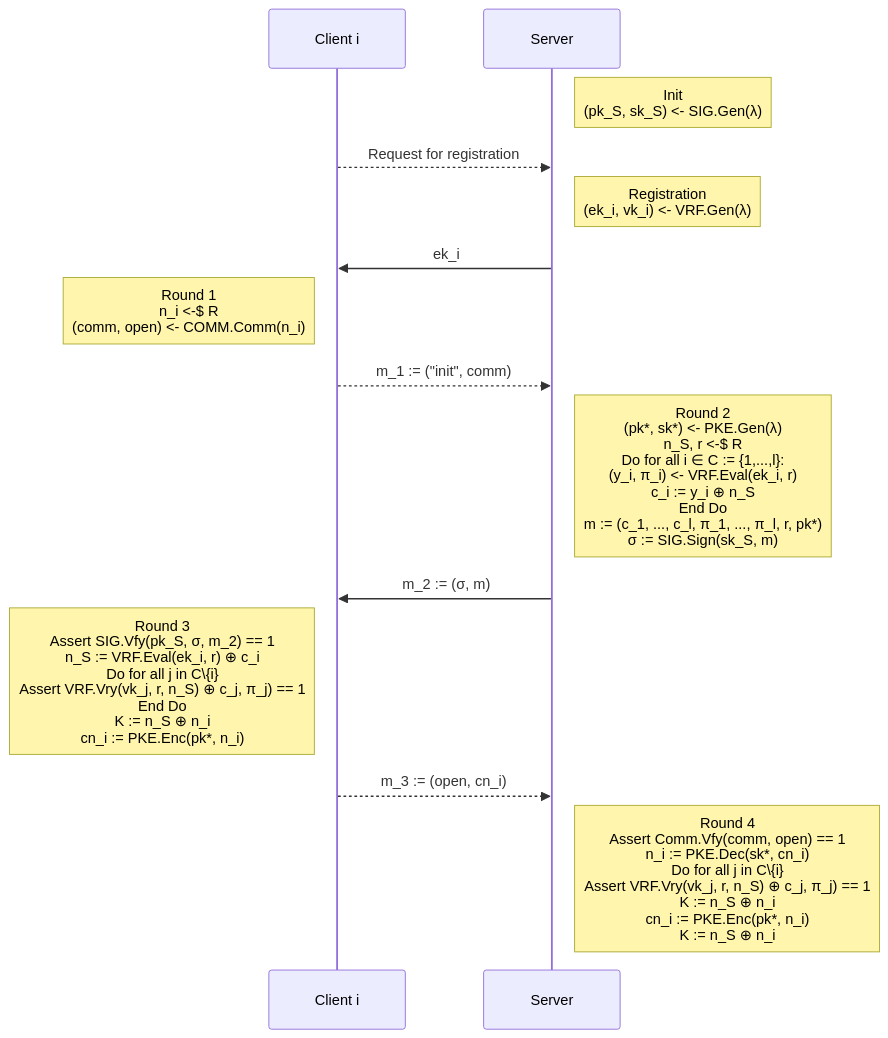
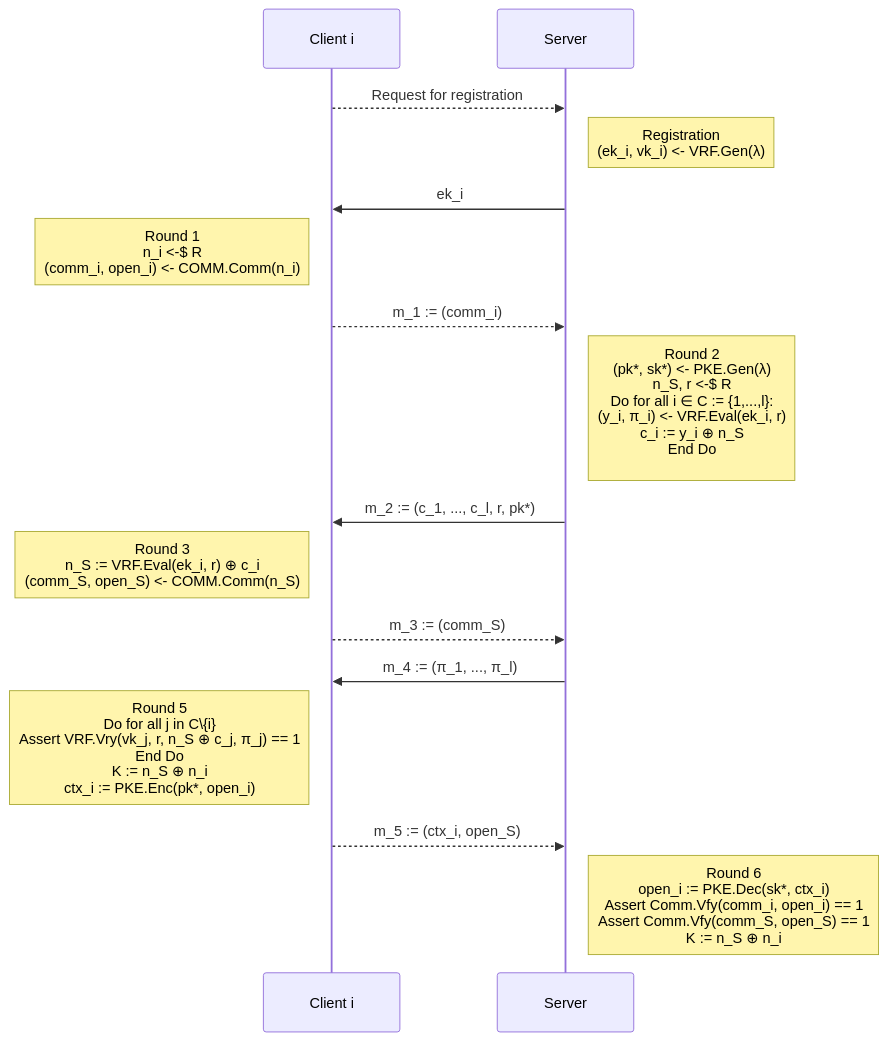
Before and after one commit to jiep/generic-anon-ake: the diagram in README.md, drawn with Mermaid. The commit also changed other lines of this file, not shown here.

````diff
--- a/README.md
+++ b/README.md
@@ -21,16 +21,18 @@
 ```mermaid
 sequenceDiagram
 participant Client i
 participant Server
-Note right of Server: Init<br/>(pk_S, sk_S) <- SIG.Gen(λ)
 Client i -->> Server: Request for registration
 Note right of Server: Registration<br/>(ek_i, vk_i) <- VRF.Gen(λ)
 Server ->> Client i: ek_i
-Note left of Client i: Round 1<br />n_i <-$ R<br />(comm, open) <- COMM.Comm(n_i)
-Client i -->> Server: m_1 := ("init", comm)
-Note right of Server: Round 2<br />(pk*, sk*) <- PKE.Gen(λ)<br />n_S, r <-$ R<br />Do for all i ∈ C := {1,...,l}:<br />(y_i, π_i) <- VRF.Eval(ek_i, r)<br />c_i := y_i ⊕ n_S <br />End Do<br />m := (c_1, ..., c_l, π_1, ..., π_l, r, pk*)<br/>σ := SIG.Sign(sk_S, m)
-Server ->> Client i: m_2 := (σ, m)
-Note left of Client i: Round 3<br />Assert SIG.Vfy(pk_S, σ, m_2) == 1<br />n_S := VRF.Eval(ek_i, r) ⊕ c_i<br/>Do for all j in C\{i}<br/>Assert VRF.Vry(vk_j, r, n_S) ⊕ c_j, π_j) == 1<br/>End Do<br/> K := n_S ⊕ n_i<br/>cn_i := PKE.Enc(pk*, n_i) 
-Client i -->> Server: m_3 := (open, cn_i)
-Note right of Server: Round 4<br />Assert Comm.Vfy(comm, open) == 1<br />n_i := PKE.Dec(sk*, cn_i)<br/>Do for all j in C\{i}<br/>Assert VRF.Vry(vk_j, r, n_S) ⊕ c_j, π_j) == 1<br/> K := n_S ⊕ n_i<br/>cn_i := PKE.Enc(pk*, n_i)<br/>K := n_S ⊕ n_i
+Note left of Client i: Round 1<br />n_i <-$ R<br />(comm_i, open_i) <- COMM.Comm(n_i)
+Client i -->> Server: m_1 := (comm_i)
+Note right of Server: Round 2<br />(pk*, sk*) <- PKE.Gen(λ)<br />n_S, r <-$ R<br />Do for all i ∈ C := {1,...,l}:<br />(y_i, π_i) <- VRF.Eval(ek_i, r)<br />c_i := y_i ⊕ n_S <br />End Do<br />
+Server ->> Client i: m_2 := (c_1, ..., c_l, r, pk*)
+Note left of Client i: Round 3<br />n_S := VRF.Eval(ek_i, r) ⊕ c_i<br/>(comm_S, open_S) <- COMM.Comm(n_S) 
+Client i -->> Server: m_3 := (comm_S)
+Server ->> Client i: m_4 := (π_1, ..., π_l)
+Note left of Client i: Round 5<br/>Do for all j in C\{i}<br/>Assert VRF.Vry(vk_j, r, n_S ⊕ c_j, π_j) == 1<br/>End Do<br/> K := n_S ⊕ n_i<br/>ctx_i := PKE.Enc(pk*, open_i)
+Client i -->> Server: m_5 := (ctx_i, open_S)
+Note right of Server: Round 6<br />open_i := PKE.Dec(sk*, ctx_i)<br/>Assert Comm.Vfy(comm_i, open_i) == 1<br/>Assert Comm.Vfy(comm_S, open_S) == 1<br/>K := n_S ⊕ n_i
 ```
````
